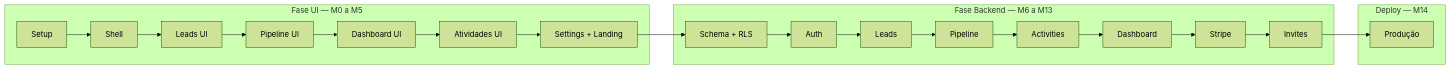
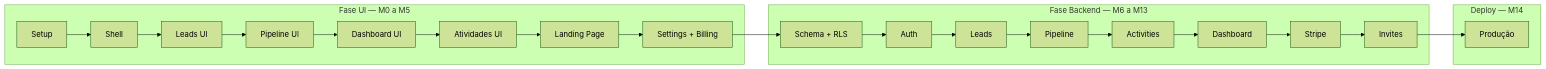
One commit to JaimeSilvaDataEngineer/Pipeflow changed the diagram in Docs/PLAN.md. Above: the diagram before and after it, drawn with Mermaid (forest theme). The commit also changed other lines of this file, not shown here.

First line of the commit message:
docs: split M5 into M5a (landing) and M5b (settings/billing) milestones

````diff
--- a/Docs/PLAN.md
+++ b/Docs/PLAN.md
@@ -377,26 +391,27 @@
 ```mermaid
 flowchart LR
   subgraph ui [Fase UI — M0 a M5]
     M0[Setup] --> M1[Shell]
     M1 --> M2[Leads UI]
     M2 --> M3[Pipeline UI]
     M3 --> M4a[Dashboard UI]
     M4a --> M4b[Atividades UI]
-    M4b --> M5[Settings + Landing]
+    M4b --> M5a[Landing Page]
+    M5a --> M5b[Settings + Billing]
   end
 
   subgraph backend [Fase Backend — M6 a M13]
-    M5 --> M6[Schema + RLS]
+    M5b --> M6[Schema + RLS]
     M6 --> M7[Auth]
     M7 --> M8[Leads]
     M8 --> M9[Pipeline]
     M9 --> M10[Activities]
     M10 --> M11[Dashboard]
     M11 --> M12[Stripe]
     M12 --> M13[Invites]
   end
 
   subgraph deploy [Deploy — M14]
     M13 --> M14[Produção]
   end
 ```
````
